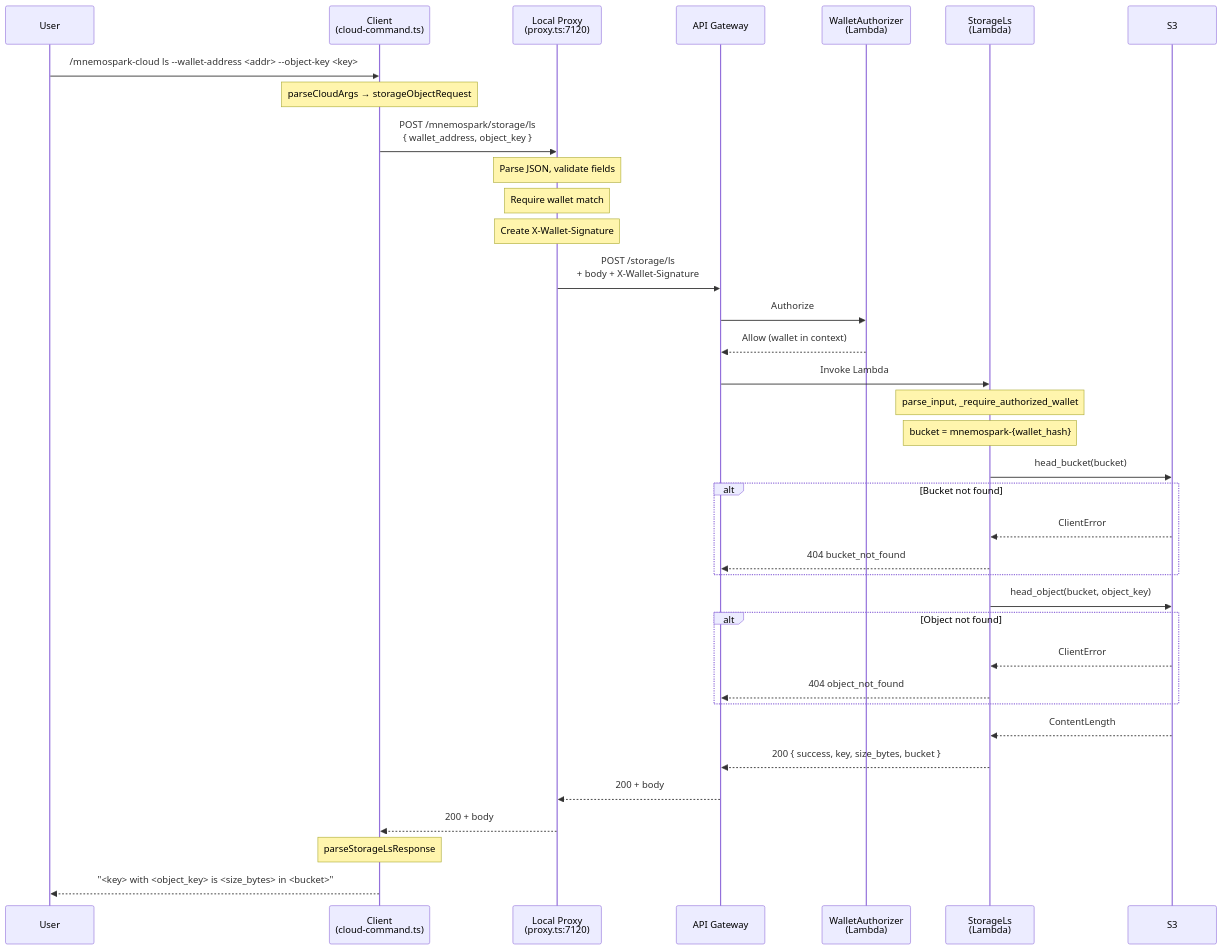
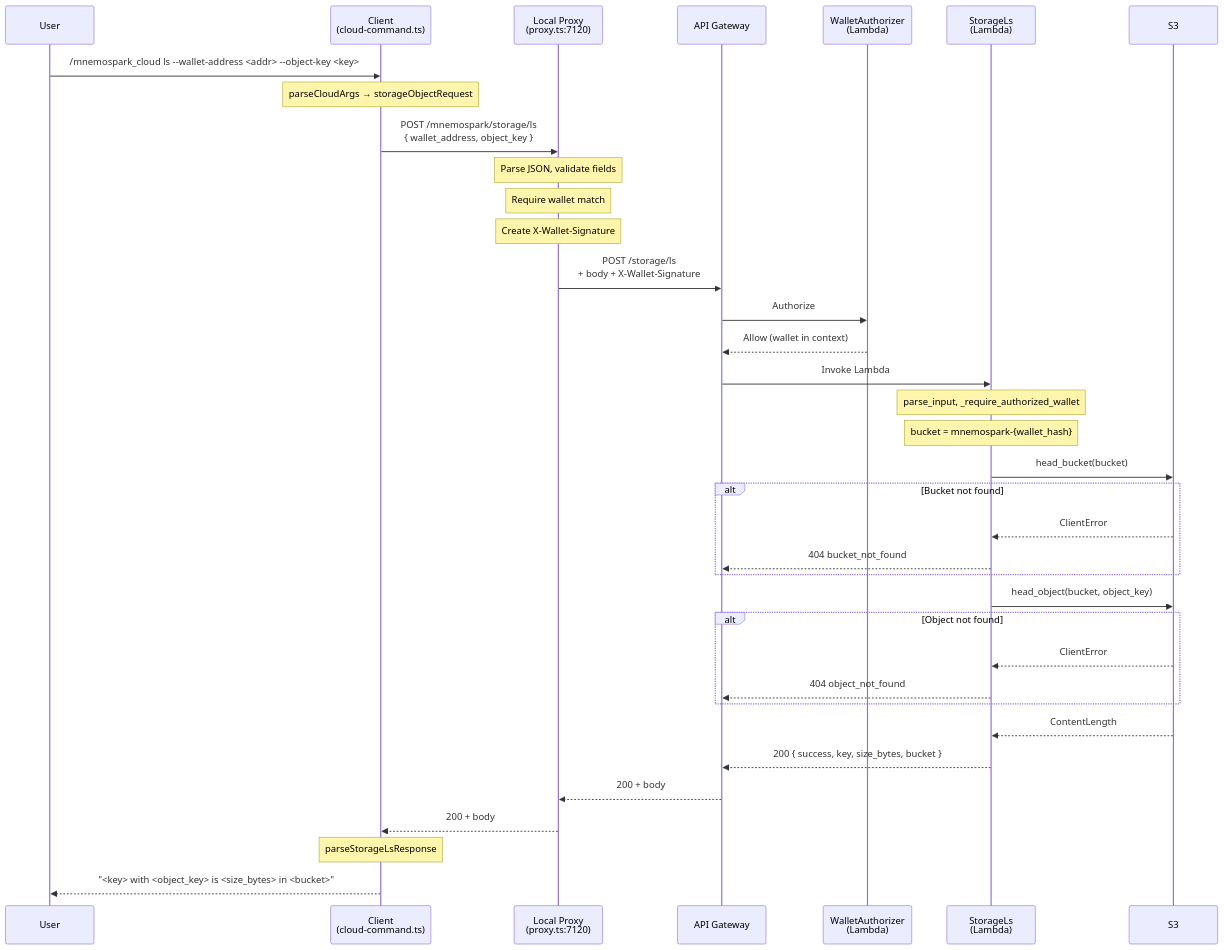
The diagram in meta_docs/cloud-ls-process-flow.md (pawlsclick/mnemospark-docs), drawn with Mermaid before and after one commit. The commit also changed other lines of this file and 28 other files, not shown here.

````diff
--- a/meta_docs/cloud-ls-process-flow.md
+++ b/meta_docs/cloud-ls-process-flow.md
@@ -237,39 +237,39 @@
 ```mermaid
 sequenceDiagram
     participant User
     participant Client as Client<br/>(cloud-command.ts)
     participant Proxy as Local Proxy<br/>(proxy.ts:7120)
     participant APIGW as API Gateway
     participant Auth as WalletAuthorizer<br/>(Lambda)
     participant LsLambda as StorageLs<br/>(Lambda)
     participant S3 as S3
 
-    User->>Client: /mnemospark-cloud ls --wallet-address <addr> --object-key <key>
+    User->>Client: /mnemospark_cloud ls --wallet-address <addr> --object-key <key>
     Note over Client: parseCloudArgs → storageObjectRequest
     Client->>Proxy: POST /mnemospark/storage/ls<br/>{ wallet_address, object_key }
     Note over Proxy: Parse JSON, validate fields
     Note over Proxy: Require wallet match
     Note over Proxy: Create X-Wallet-Signature
     Proxy->>APIGW: POST /storage/ls<br/>+ body + X-Wallet-Signature
     APIGW->>Auth: Authorize
     Auth-->>APIGW: Allow (wallet in context)
     APIGW->>LsLambda: Invoke Lambda
     Note over LsLambda: parse_input, _require_authorized_wallet
     Note over LsLambda: bucket = mnemospark-{wallet_hash}
     LsLambda->>S3: head_bucket(bucket)
     alt Bucket not found
         S3-->>LsLambda: ClientError
         LsLambda-->>APIGW: 404 bucket_not_found
     end
     LsLambda->>S3: head_object(bucket, object_key)
     alt Object not found
         S3-->>LsLambda: ClientError
         LsLambda-->>APIGW: 404 object_not_found
     end
     S3-->>LsLambda: ContentLength
     LsLambda-->>APIGW: 200 { success, key, size_bytes, bucket }
     APIGW-->>Proxy: 200 + body
     Proxy-->>Client: 200 + body
     Note over Client: parseStorageLsResponse
     Client-->>User: "<key> with <object_key> is <size_bytes> in <bucket>"
 ```
````
